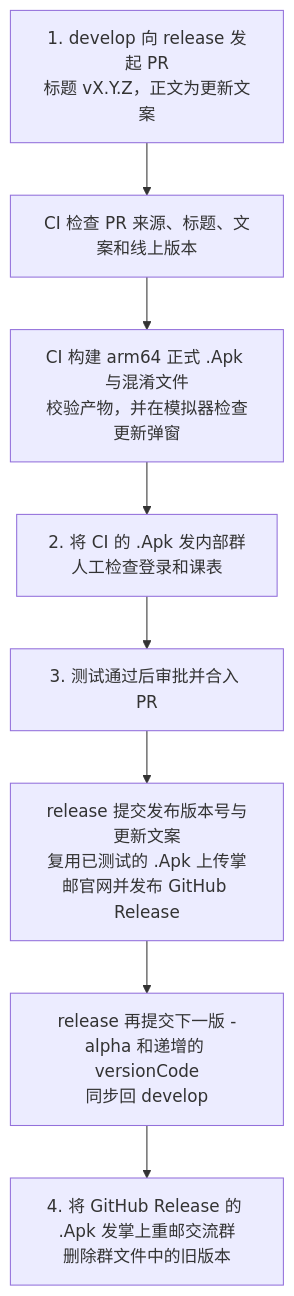
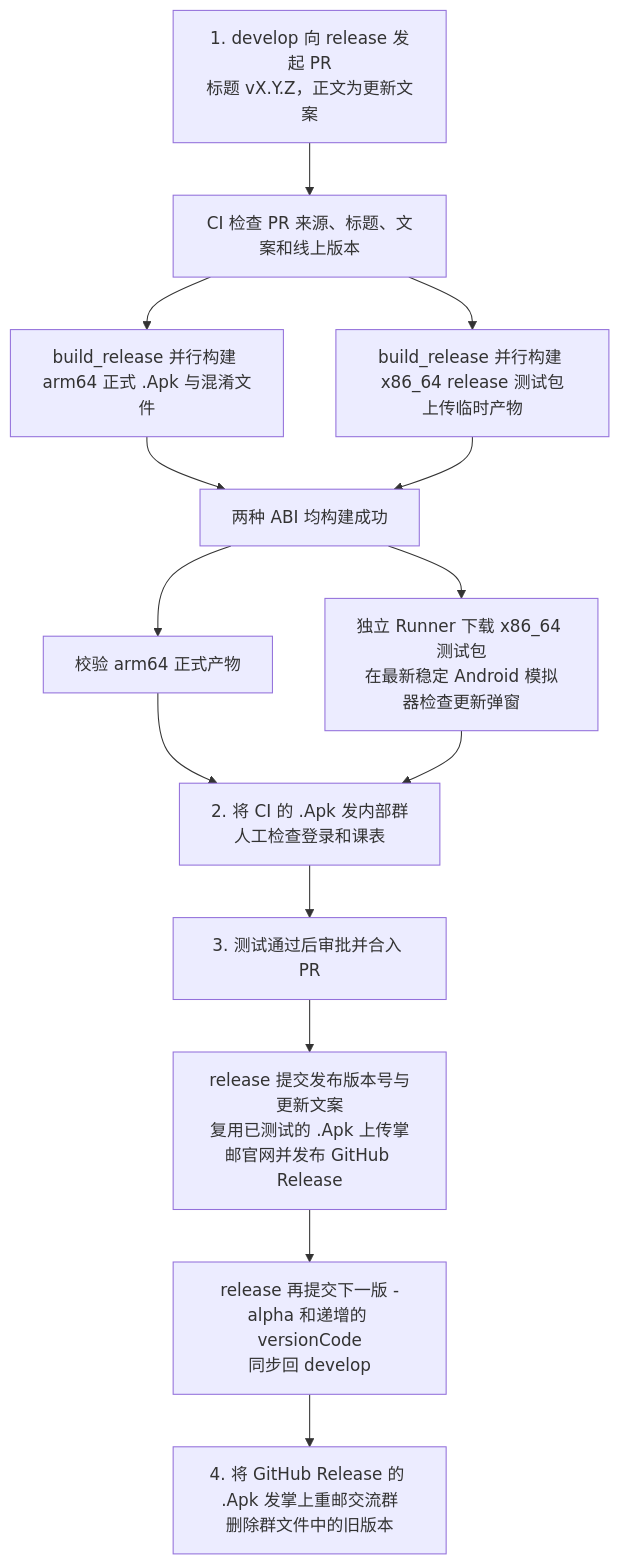
One commit to RedrockMobile/CyxbsMobile changed the diagram in .github/ANDROID_RELEASE.md. Above: the diagram before and after it, drawn with Mermaid. The commit also changed other lines of this file and 6 other files, not shown here.

````diff
--- a/.github/ANDROID_RELEASE.md
+++ b/.github/ANDROID_RELEASE.md
@@ -14,12 +14,21 @@
 ```mermaid
 flowchart TD
     A["1. develop 向 release 发起 PR<br/>标题 vX.Y.Z，正文为更新文案"]
     B["CI 检查 PR 来源、标题、文案和线上版本"]
-    C["CI 构建 arm64 正式 .Apk 与混淆文件<br/>校验产物，并在模拟器检查更新弹窗"]
+    C["build_release 并行构建 arm64 正式 .Apk 与混淆文件"]
+    C2["build_release 并行构建 x86_64 release 测试包<br/>上传临时产物"]
+    C4["两种 ABI 均构建成功"]
+    C3["校验 arm64 正式产物"]
+    C5["独立 Runner 下载 x86_64 测试包<br/>在最新稳定 Android 模拟器检查更新弹窗"]
     D["2. 将 CI 的 .Apk 发内部群<br/>人工检查登录和课表"]
     E["3. 测试通过后审批并合入 PR"]
     F["release 提交发布版本号与更新文案<br/>复用已测试的 .Apk 上传掌邮官网并发布 GitHub Release"]
     G["release 再提交下一版 -alpha 和递增的 versionCode<br/>同步回 develop"]
     H["4. 将 GitHub Release 的 .Apk 发掌上重邮交流群<br/>删除群文件中的旧版本"]
-    A --> B --> C --> D --> E --> F --> G --> H
+    A --> B
+    B --> C --> C4
+    B --> C2 --> C4
+    C4 --> C3 --> D
+    C4 --> C5 --> D
+    D --> E --> F --> G --> H
 ```
````
